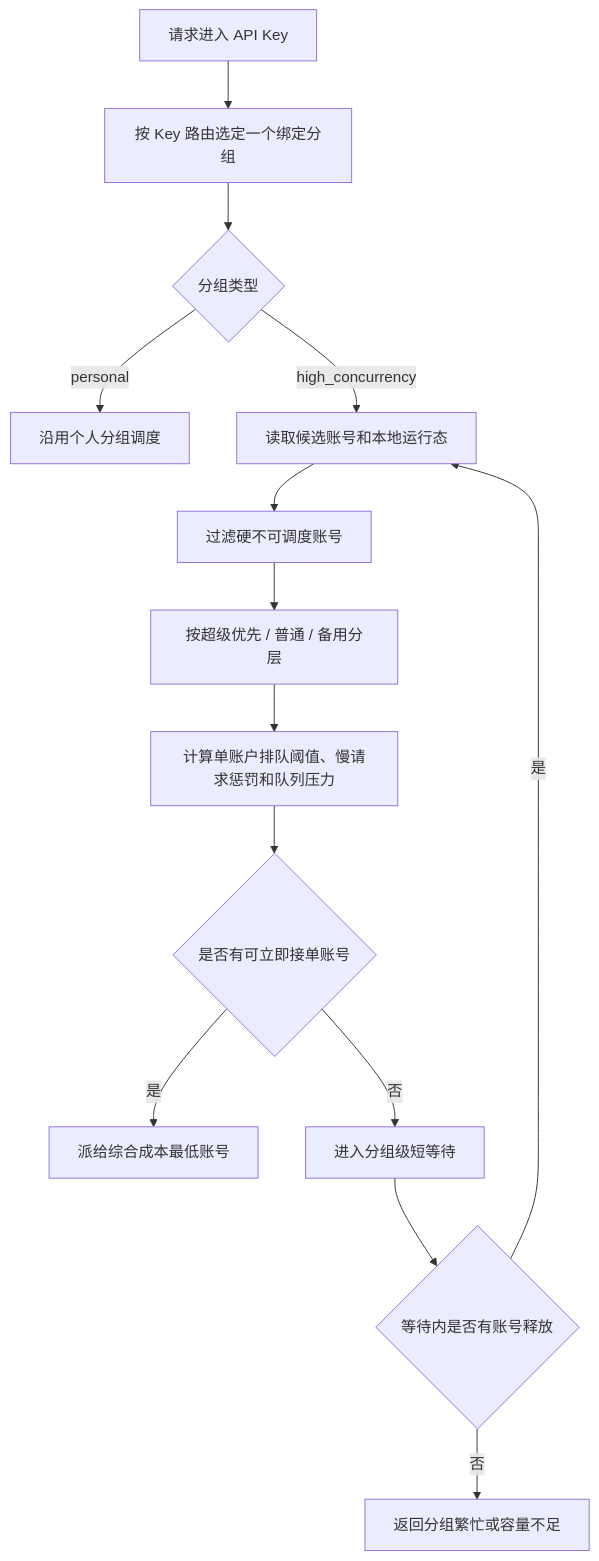
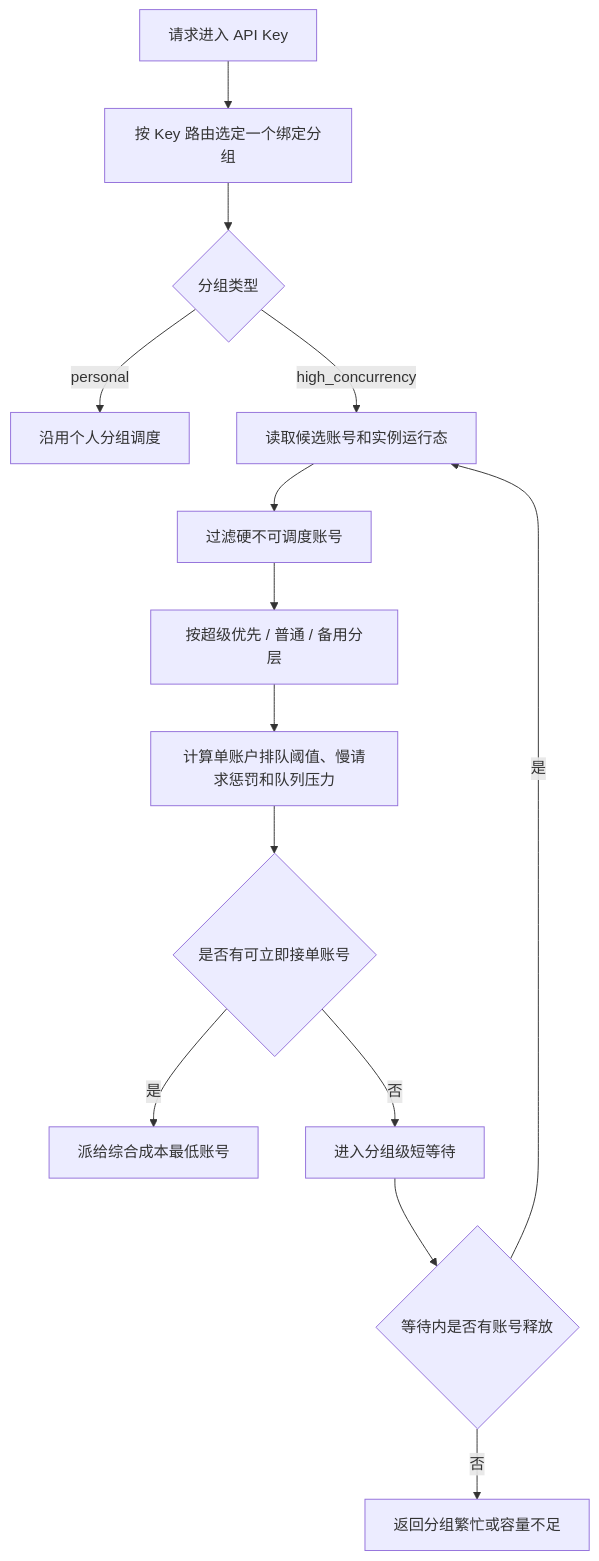
The diagram in docs/functions/高并发分组调度设计.md (huanmin123/juhe-ai), drawn with Mermaid before and after one commit. The commit also changed other lines of this file and 131 other files, not shown here.

````diff
--- a/docs/functions/高并发分组调度设计.md
+++ b/docs/functions/高并发分组调度设计.md
@@ -114,16 +114,16 @@
 ```mermaid
 flowchart TD
   A["请求进入 API Key"] --> B["按 Key 路由选定一个绑定分组"]
   B --> C{"分组类型"}
   C -- "personal" --> D["沿用个人分组调度"]
-  C -- "high_concurrency" --> E["读取候选账号和本地运行态"]
+  C -- "high_concurrency" --> E["读取候选账号和实例运行态"]
   E --> F["过滤硬不可调度账号"]
   F --> G["按超级优先 / 普通 / 备用分层"]
   G --> H["计算单账户排队阈值、慢请求惩罚和队列压力"]
   H --> I{"是否有可立即接单账号"}
   I -- "是" --> J["派给综合成本最低账号"]
   I -- "否" --> K["进入分组级短等待"]
   K --> L{"等待内是否有账号释放"}
   L -- "是" --> E
   L -- "否" --> M["返回分组繁忙或容量不足"]
 ```
````
